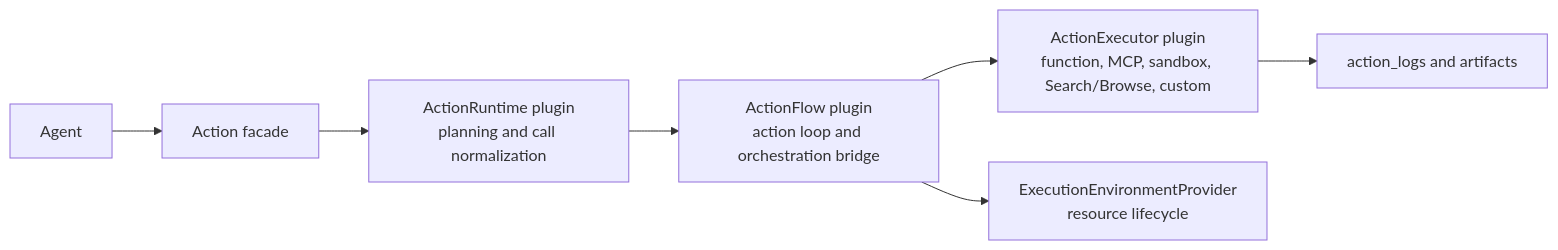
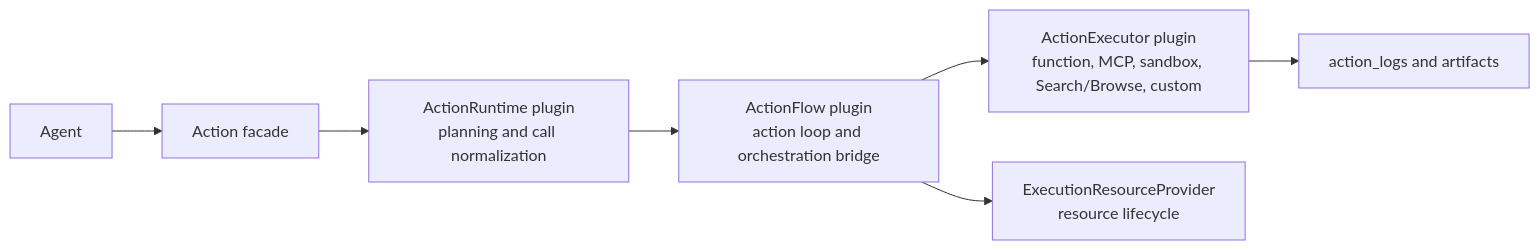
One commit to reconsumeralization/Agently changed the second of 2 diagrams in README.md. Above: the diagram before and after it, drawn with Mermaid. The commit also changed other lines of this file and 12 other files, not shown here.

First line of the commit message:
refactor(execution-resource): close ExecutionEnvironment kill-list in examples/READMEs

````diff
--- a/README.md
+++ b/README.md
@@ -508,17 +508,17 @@
 ```mermaid
 graph LR
     Agent["Agent"]
     Facade["Action facade"]
     Runtime["ActionRuntime plugin\nplanning and call normalization"]
     Flow["ActionFlow plugin\naction loop and orchestration bridge"]
     Executor["ActionExecutor plugin\nfunction, MCP, sandbox, Search/Browse, custom"]
-    Env["ExecutionEnvironmentProvider\nresource lifecycle"]
+    Env["ExecutionResourceProvider\nresource lifecycle"]
     Logs["action_logs and artifacts"]
 
     Agent --> Facade
     Facade --> Runtime
     Runtime --> Flow
     Flow --> Env
     Flow --> Executor
     Executor --> Logs
 ```
````
